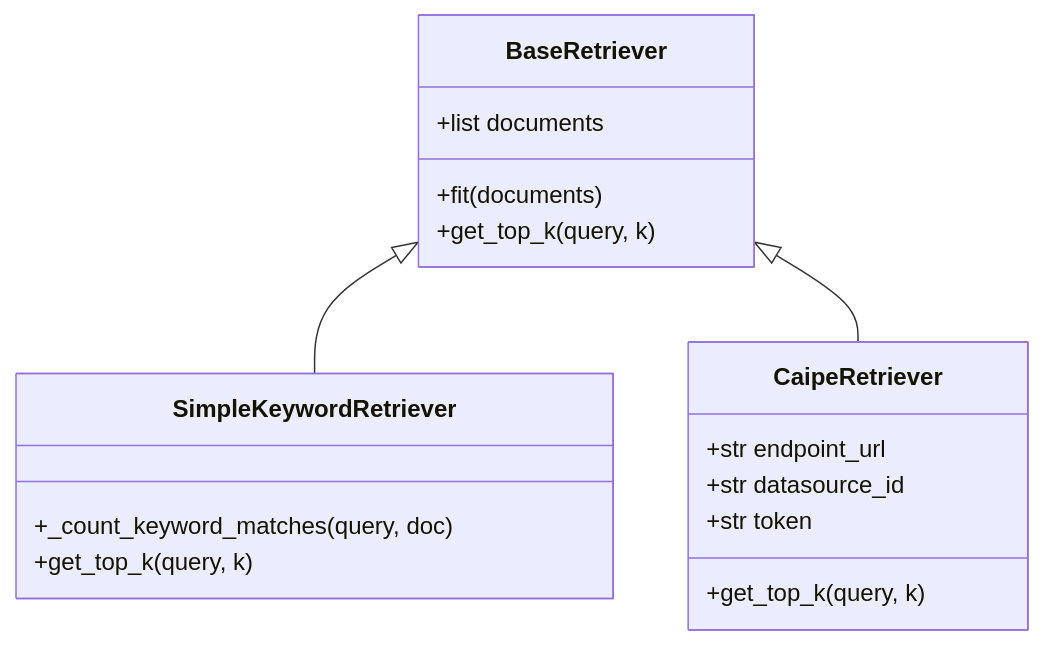
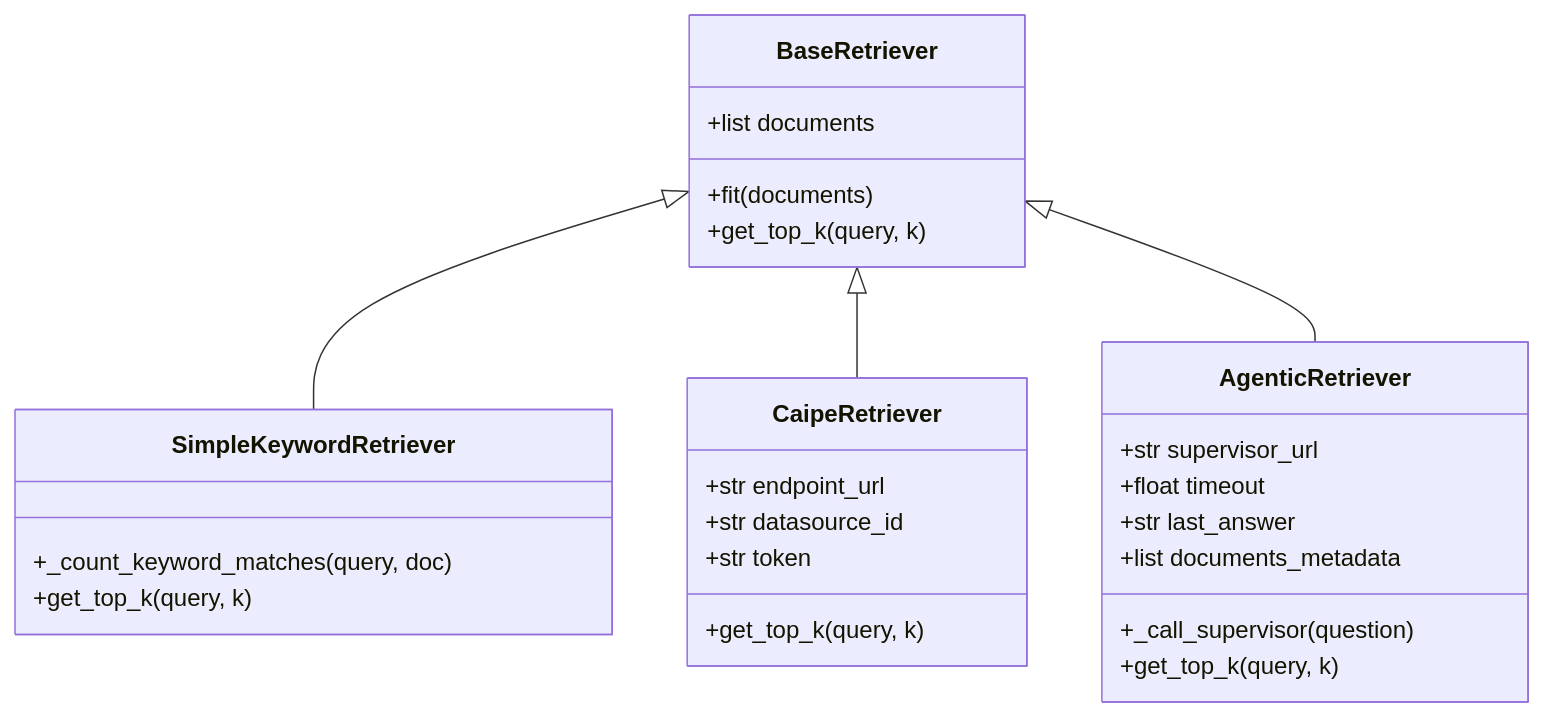
Before and after one commit to ucl-2026-comp0111-project2/caipe_ragas_evaluation: the first of 2 diagrams in docs/retrieval_and_answering_integration.md, drawn with Mermaid. The commit also changed other lines of this file and 1 other file, not shown here.

First line of the commit message:
docs(rag): document agentic retrieval and evaluation flows

````diff
--- a/docs/retrieval_and_answering_integration.md
+++ b/docs/retrieval_and_answering_integration.md
@@ -11,20 +11,29 @@
 ```mermaid
 classDiagram
     class BaseRetriever {
         +list documents
         +fit(documents)
         +get_top_k(query, k)
     }
     class SimpleKeywordRetriever {
         +_count_keyword_matches(query, doc)
         +get_top_k(query, k)
     }
     class CaipeRetriever {
         +str endpoint_url
         +str datasource_id
         +str token
         +get_top_k(query, k)
     }
+    class AgenticRetriever {
+        +str supervisor_url
+        +float timeout
+        +str last_answer
+        +list documents_metadata
+        +_call_supervisor(question)
+        +get_top_k(query, k)
+    }
     BaseRetriever <|-- SimpleKeywordRetriever
     BaseRetriever <|-- CaipeRetriever
+    BaseRetriever <|-- AgenticRetriever
 ```
````
